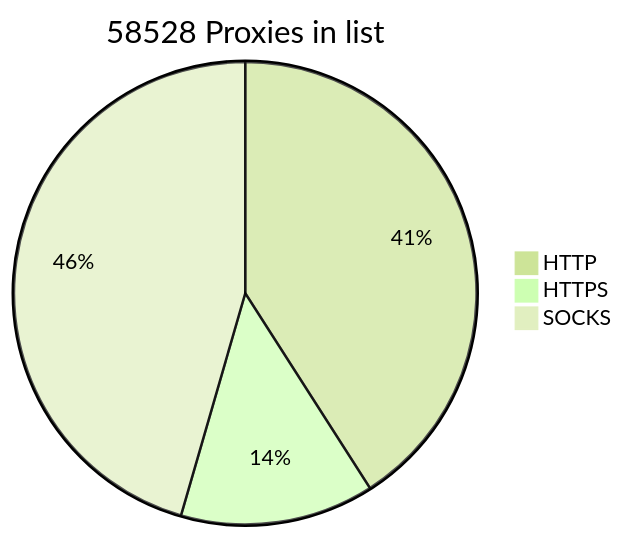
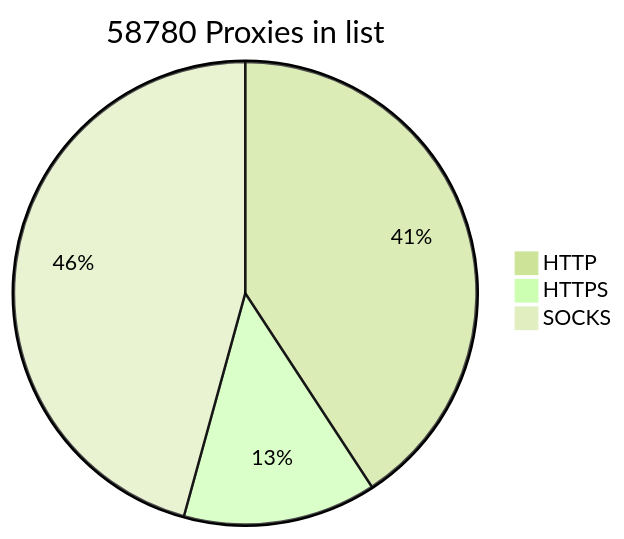
The diagram in README.md (BlackSnowDot/proxylist-update-every-minute), drawn with Mermaid (forest theme) before and after one commit.

````diff
--- a/README.md
+++ b/README.md
@@ -2,6 +2,6 @@
 ```mermaid
-pie title 58528 Proxies in list
+pie title 58780 Proxies in list
     "HTTP" : 27011
     "HTTPS": 8936
-    "SOCKS" : 30034
+    "SOCKS" : 30286
 ```
````
